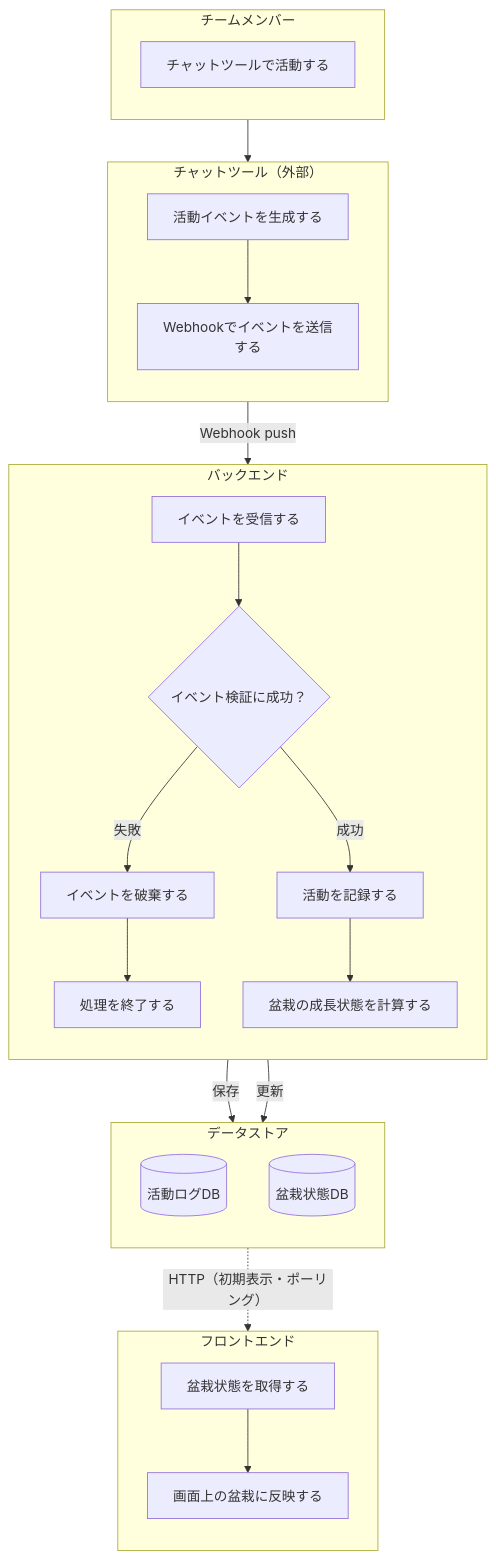
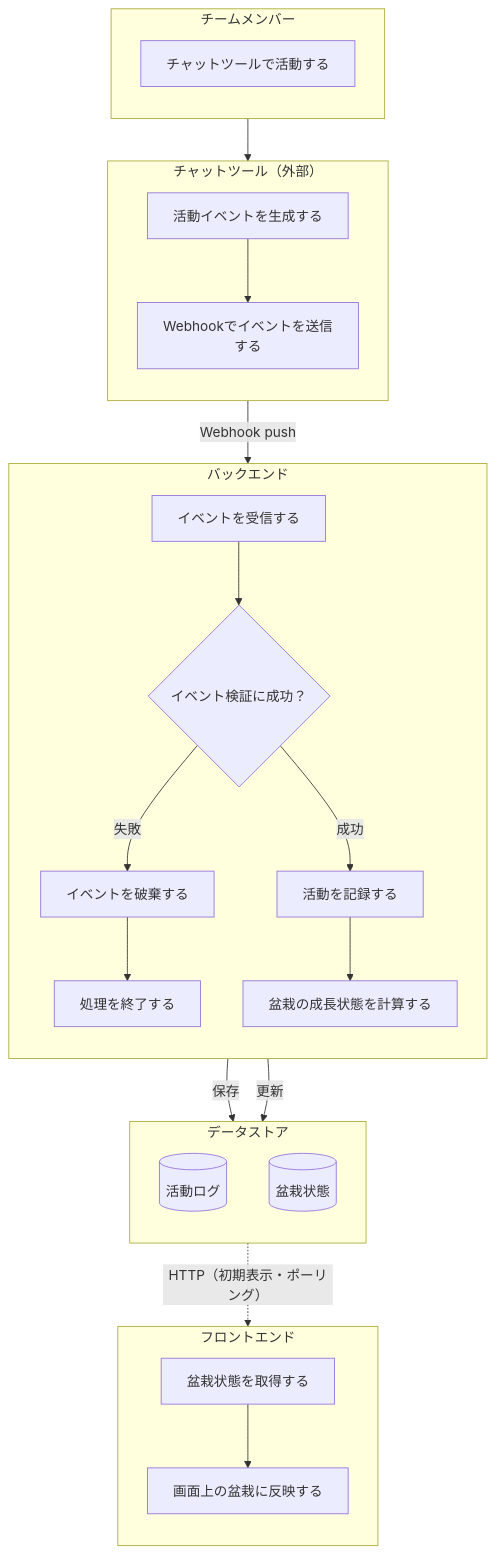
One commit to katsudon08/tamamori changed the first of 2 diagrams in docs/requirements.md. Above: the diagram before and after it, drawn with Mermaid. The commit also changed other lines of this file and 13 other files, not shown here.

````diff
--- a/docs/requirements.md
+++ b/docs/requirements.md
@@ -25,48 +32,48 @@
 ```mermaid
 flowchart TD
     subgraph Team["チームメンバー"]
         direction TB
         UserPost["チャットツールで活動する"]
     end
 
     subgraph Chat["チャットツール（外部）"]
         direction TB
         ChatEvent["活動イベントを生成する"]
         WebhookPush["Webhookでイベントを送信する"]
     end
 
     subgraph Backend["バックエンド"]
         direction TB
         Receive["イベントを受信する"]
         Validate{"イベント検証に成功？"}
         Reject["イベントを破棄する"]
         Finish["処理を終了する"]
         Record["活動を記録する"]
         Growth["盆栽の成長状態を計算する"]
     end
 
     subgraph Store["データストア"]
         direction TB
-        ActivityDb[("活動ログDB")]
-        BonsaiDb[("盆栽状態DB")]
+        ActivityDb[("活動ログ")]
+        BonsaiDb[("盆栽状態")]
     end
 
     subgraph Frontend["フロントエンド"]
         direction TB
         FetchState["盆栽状態を取得する"]
         Render["画面上の盆栽に反映する"]
     end
 
     UserPost --> ChatEvent
     ChatEvent --> WebhookPush
     WebhookPush -->|Webhook push| Receive
     Receive --> Validate
     Validate -->|失敗| Reject
     Reject --> Finish
     Validate -->|成功| Record
     Record --> Growth
     Record -->|保存| ActivityDb
     Growth -->|更新| BonsaiDb
     BonsaiDb -.->|HTTP（初期表示・ポーリング）| FetchState
     FetchState --> Render
 ```
````
